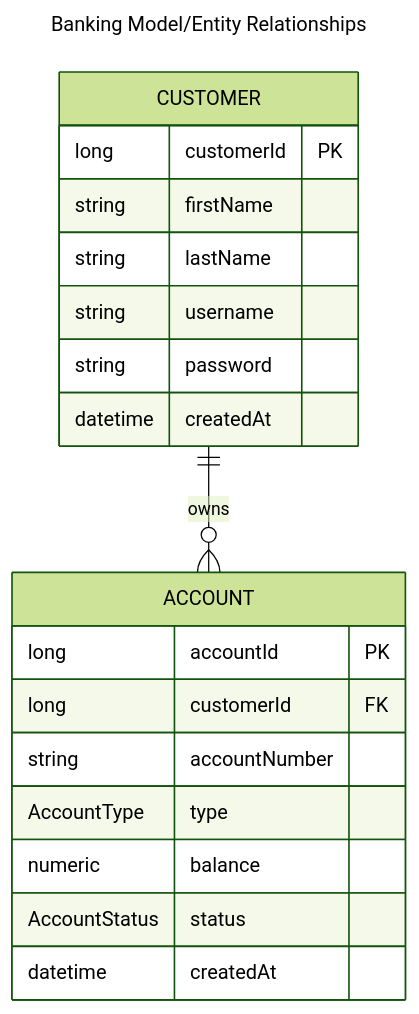
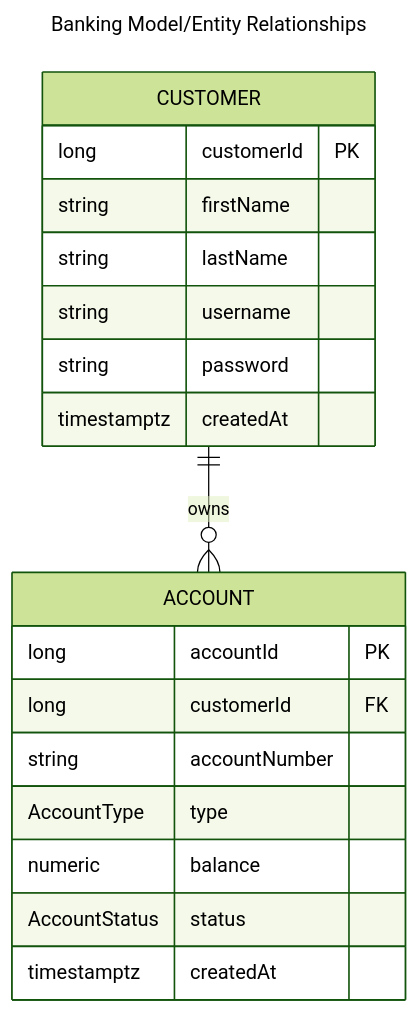
Before and after one commit to schectma/P1BankingApp: the diagram in ERD.md, drawn with Mermaid (forest theme).

Commit message:
time types changed for psql

````diff
--- a/ERD.md
+++ b/ERD.md
@@ -1,24 +1,24 @@
 ```mermaid
 ---
 title: Banking Model/Entity Relationships
 ---
 erDiagram
     CUSTOMER ||--o{ ACCOUNT : owns
     CUSTOMER{
         long customerId PK
         string firstName
         string lastName
         string username
         string password
-        datetime createdAt
+        timestamptz createdAt
     }
     ACCOUNT{
         long accountId PK
         long customerId FK
         string accountNumber
         AccountType type
         numeric balance
         AccountStatus status
-        datetime createdAt
+        timestamptz createdAt
     }
 ```
````
